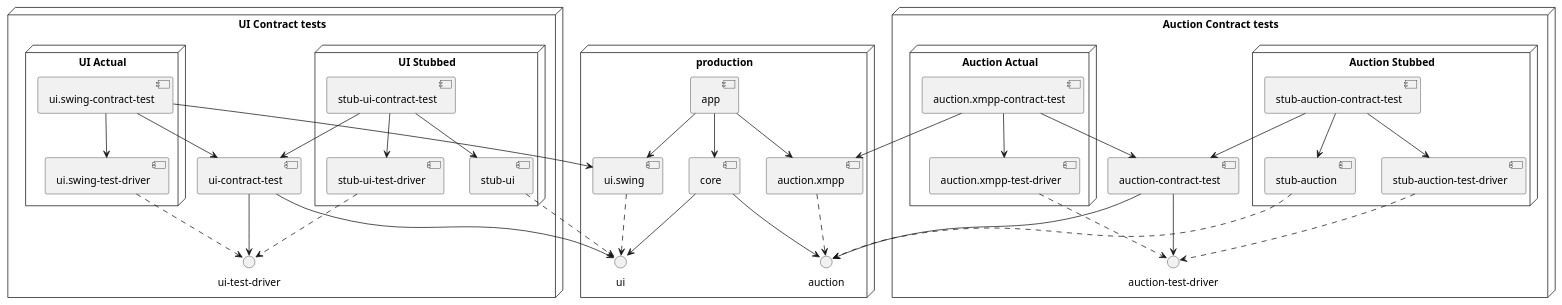
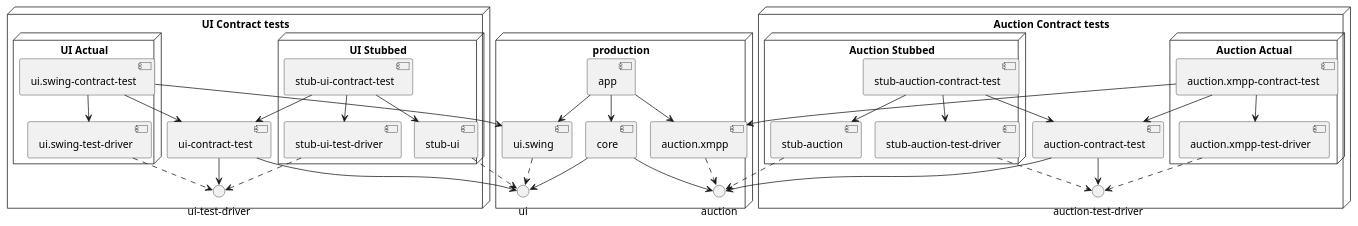
One commit to Mahoney-playground/goos changed the first of 2 diagrams in README.md. Above: the diagram before and after it, drawn with PlantUML. The commit also changed other lines of this file, not shown here.

Commit message:
Use integrated plantuml renderer
Works in IntelliJ!

````diff
--- a/README.md
+++ b/README.md
@@ -137,5 +137,6 @@
 ```plantuml
 @startuml
+!pragma layout smetana
 
 node production { 
     component app
````
